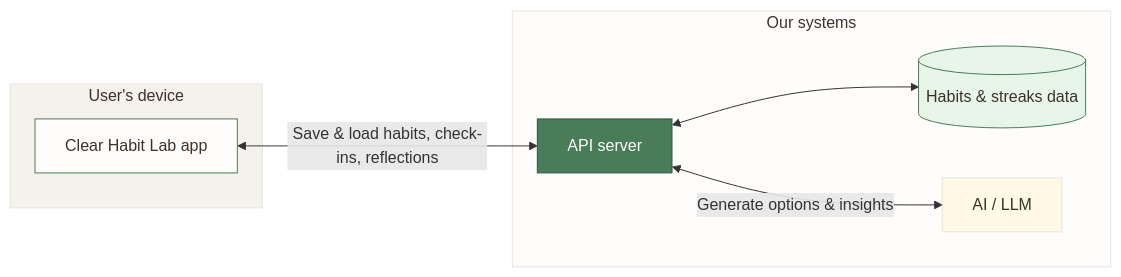
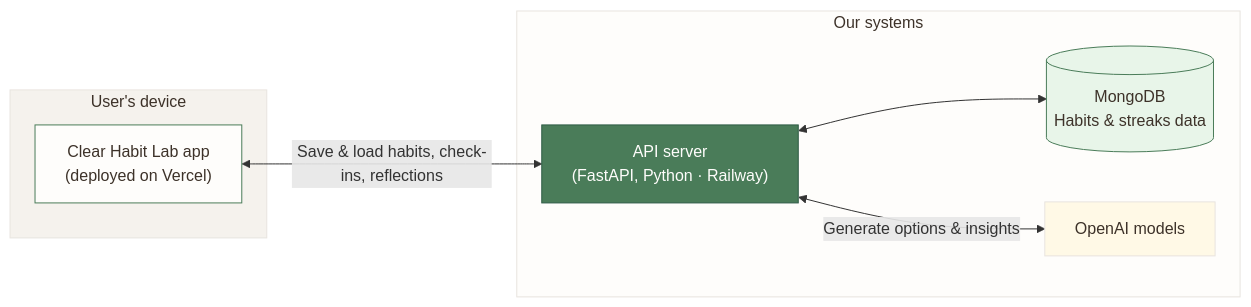
One commit to girisheduru/chlapp changed the third of 3 diagrams in docs/product-overview-diagram.md. Above: the diagram before and after it, drawn with Mermaid. The commit also changed other lines of this file, not shown here.

Commit message:
updateded back end diagram

````diff
--- a/docs/product-overview-diagram.md
+++ b/docs/product-overview-diagram.md
@@ -97,23 +97,23 @@
 ```mermaid
 flowchart LR
   subgraph UserDevice["User's device"]
-    App[Clear Habit Lab app]
+    App["Clear Habit Lab app<br/>(deployed on Vercel)"]
   end
 
   subgraph OurSystems["Our systems"]
-    API[API server]
-    DB[(Habits & streaks data)]
-    AI[AI / LLM]
+    API["API server<br/>(FastAPI, Python · Railway)"]
+    DB[(MongoDB<br/>Habits & streaks data)]
+    AI[OpenAI models]
   end
 
   App <-->|"Save & load habits, check-ins, reflections"| API
   API <--> DB
   API <-->|"Generate options & insights"| AI
 
   style UserDevice fill:#F5F2ED,stroke:#E8E4DF,color:#3D3229
   style OurSystems fill:#FEFDFB,stroke:#E8E4DF,color:#3D3229
   style App fill:#FEFDFB,stroke:#4A7C59,color:#3D3229
   style API fill:#4A7C59,stroke:#2D5A45,color:#FEFDFB
   style DB fill:#E8F5E9,stroke:#4A7C59,color:#3D3229
   style AI fill:#FFF9E6,stroke:#E8E4DF,color:#3D3229
 ```
````
